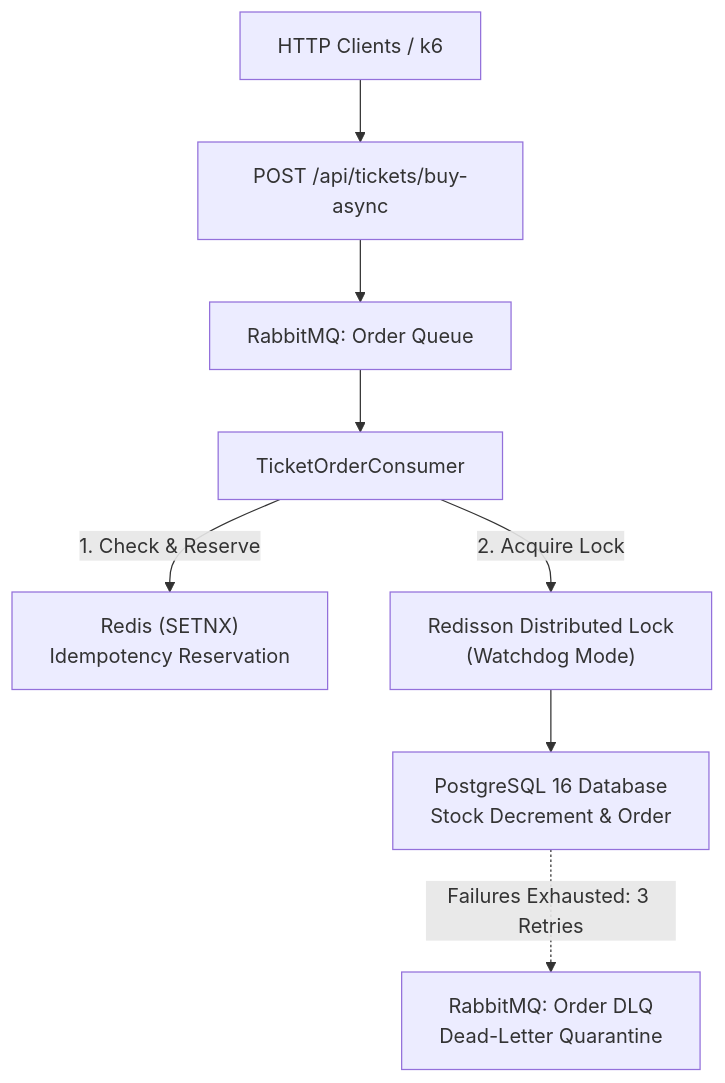
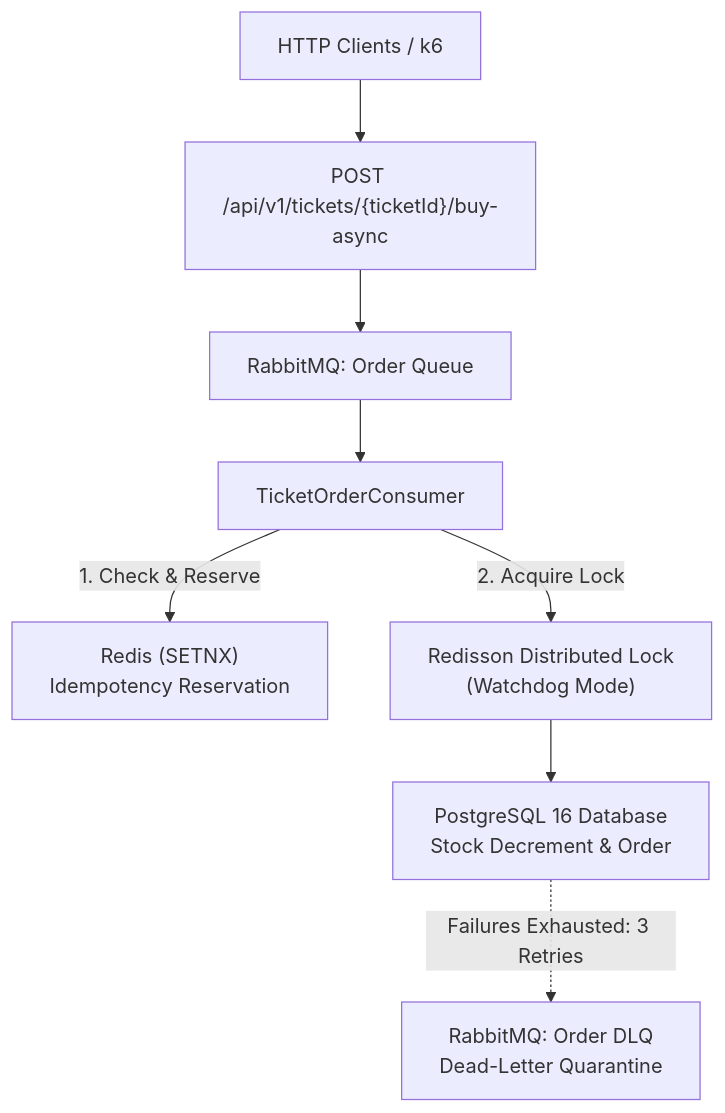
One commit to sahin-oguzhan/flash-ticket-engine changed the first of 2 diagrams in README.md. Above: the diagram before and after it, drawn with Mermaid. The commit also changed other lines of this file, not shown here.

Commit message:
docs: add bilingual API reference and fix endpoint paths in README

````diff
--- a/README.md
+++ b/README.md
@@ -17,12 +17,12 @@
 ```mermaid
 flowchart TD
-    Client["HTTP Clients / k6"] --> API["POST /api/tickets/buy-async"]
+    Client["HTTP Clients / k6"] --> API["POST /api/v1/tickets/{ticketId}/buy-async"]
     API --> Queue["RabbitMQ: Order Queue"]
     Queue --> Consumer["TicketOrderConsumer"]
     
     Consumer -->|1. Check & Reserve| Redis["Redis (SETNX)<br/>Idempotency Reservation"]
     Consumer -->|2. Acquire Lock| Lock["Redisson Distributed Lock<br/>(Watchdog Mode)"]
     
     Lock --> DB["PostgreSQL 16 Database<br/>Stock Decrement & Order"]
     DB -.->|Failures Exhausted: 3 Retries| DLQ["RabbitMQ: Order DLQ<br/>Dead-Letter Quarantine"]
 ```
````
